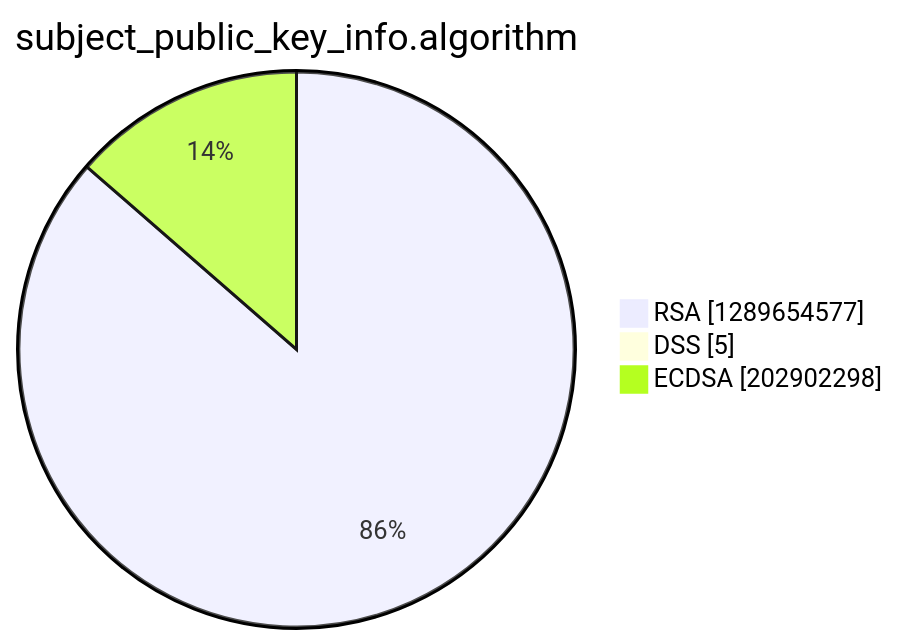
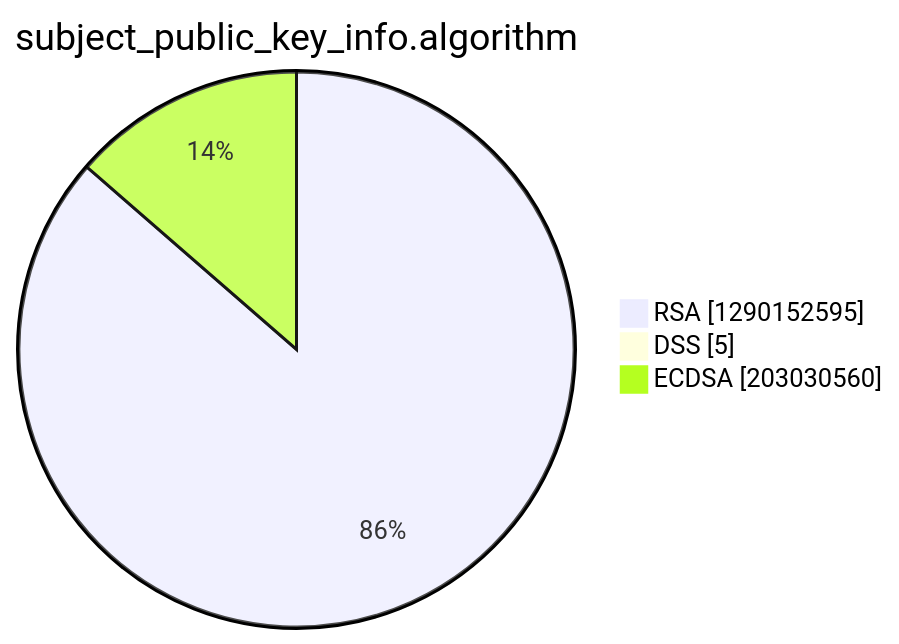
Before and after one commit to christiankrug/ctmonitor_visualization: the third of 15 diagrams in argon2022/README.md, drawn with Mermaid. The commit also changed other lines of this file, not shown here.

````diff
--- a/argon2022/README.md
+++ b/argon2022/README.md
@@ -14,7 +14,7 @@
 ```mermaid
 pie showData
 title subject_public_key_info.algorithm
-"RSA" :1289654577
+"RSA" :1290152595
 "DSS" :5
-"ECDSA" :202902298
+"ECDSA" :203030560
 ```
````
